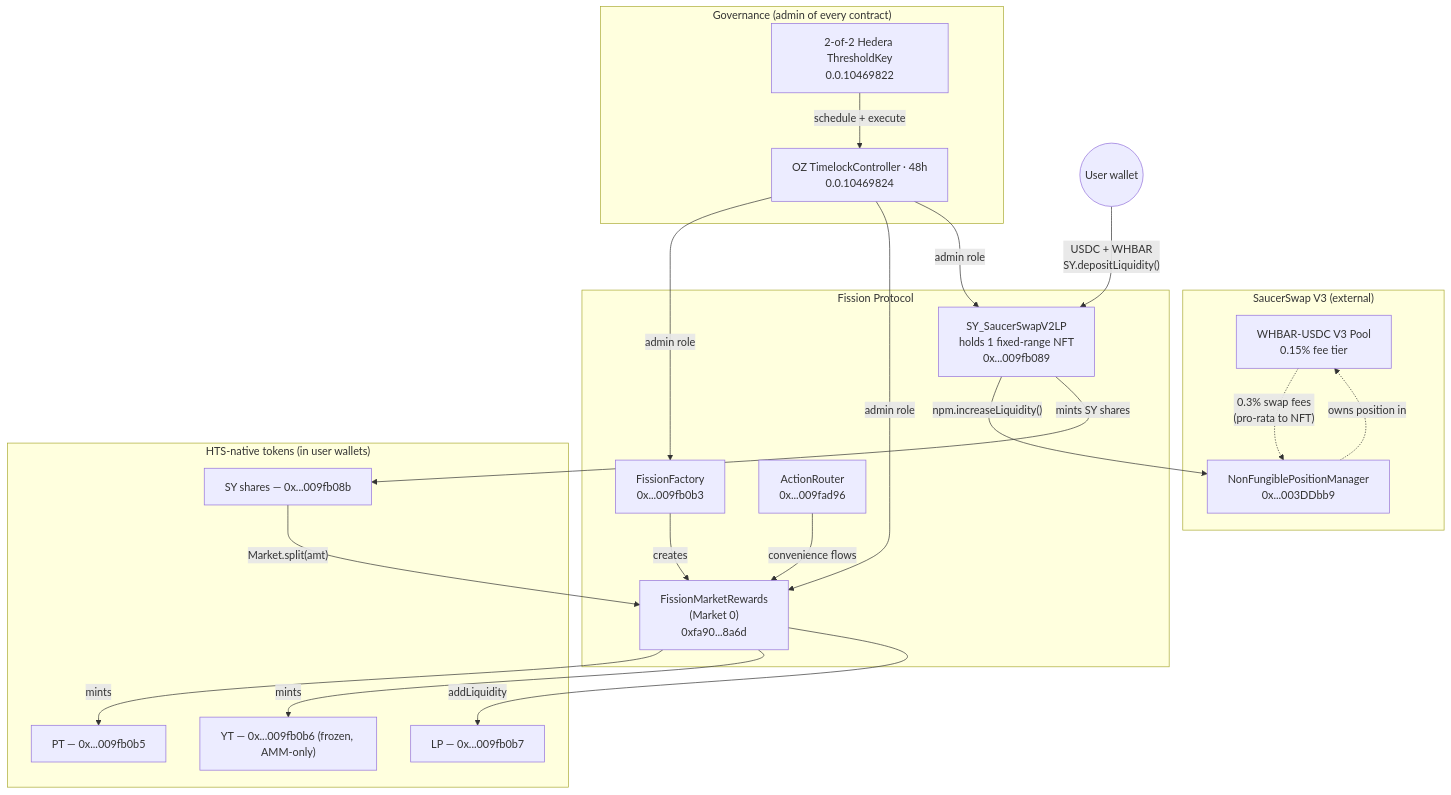
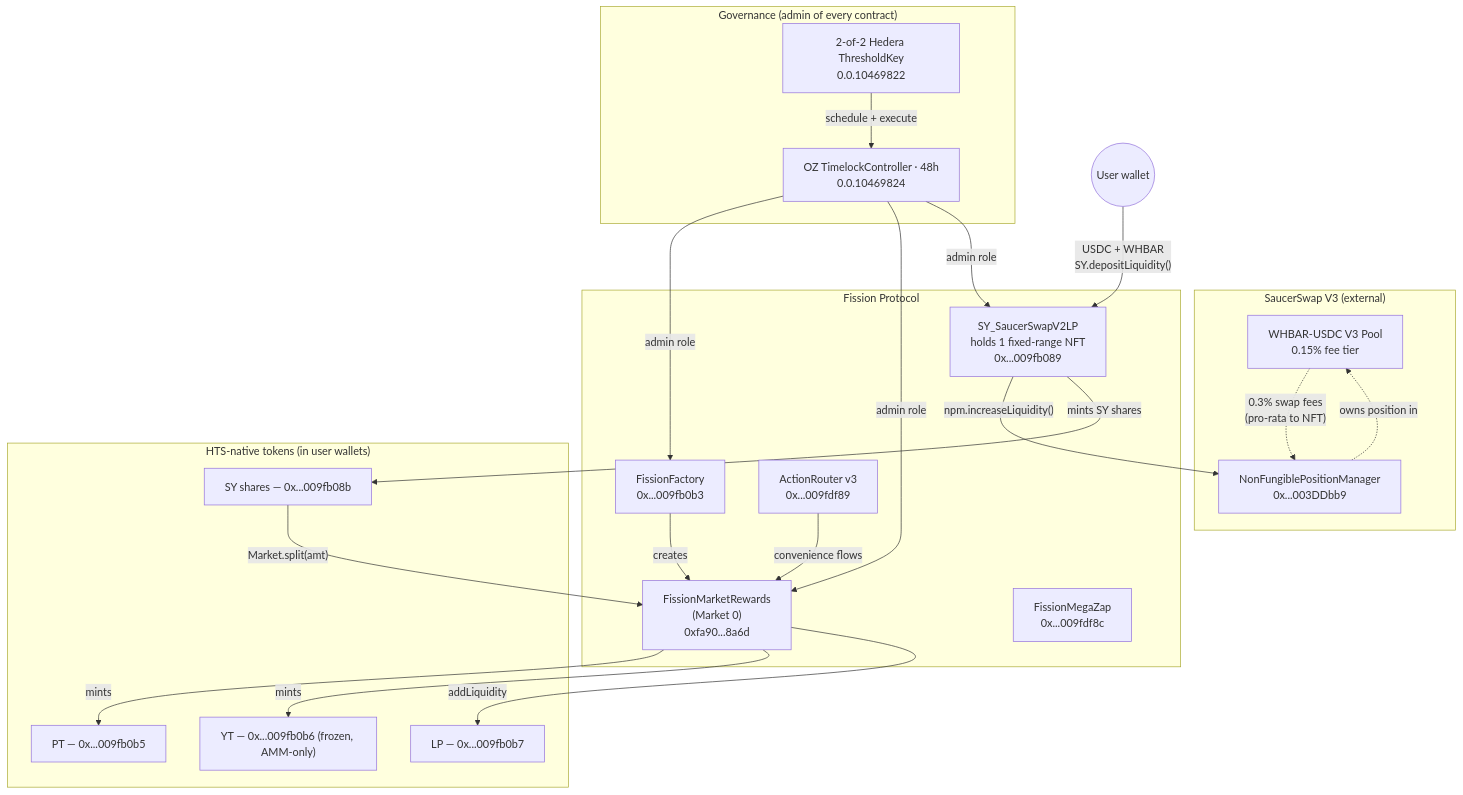
One commit to penguinpecker/fission-protocol-hedera changed the first of 5 diagrams in README.md. Above: the diagram before and after it, drawn with Mermaid. The commit also changed other lines of this file and 18 other files, not shown here.

First line of the commit message:
feat(megazap): FissionMegaZap + ActionRouter v3 deployed, integrated

````diff
--- a/README.md
+++ b/README.md
@@ -19,42 +19,43 @@
 ```mermaid
 flowchart TB
     subgraph Outside["SaucerSwap V3 (external)"]
         Pool["WHBAR-USDC V3 Pool<br/>0.15% fee tier"]
         NPM["NonFungiblePositionManager<br/>0x...003DDbb9"]
     end
 
     subgraph Fission["Fission Protocol"]
         SY["SY_SaucerSwapV2LP<br/>holds 1 fixed-range NFT<br/>0x...009fb089"]
         Factory["FissionFactory<br/>0x...009fb0b3"]
         Market["FissionMarketRewards<br/>(Market 0)<br/>0xfa90...8a6d"]
-        Router["ActionRouter<br/>0x...009fad96"]
+        Router["ActionRouter v3<br/>0x...009fdf89"]
+        Mega["FissionMegaZap<br/>0x...009fdf8c"]
     end
 
     subgraph Tokens["HTS-native tokens (in user wallets)"]
         PT["PT — 0x...009fb0b5"]
         YT["YT — 0x...009fb0b6 (frozen, AMM-only)"]
         LP["LP — 0x...009fb0b7"]
         SYsh["SY shares — 0x...009fb08b"]
     end
 
     subgraph Gov["Governance (admin of every contract)"]
         Thresh["2-of-2 Hedera ThresholdKey<br/>0.0.10469822"]
         TL["OZ TimelockController · 48h<br/>0.0.10469824"]
         Thresh -- "schedule + execute" --> TL
         TL -- "admin role" --> Factory
         TL -- "admin role" --> Market
         TL -- "admin role" --> SY
     end
 
     User((User wallet)) -- "USDC + WHBAR<br/>SY.depositLiquidity()" --> SY
     SY -- "npm.increaseLiquidity()" --> NPM
     NPM -. "owns position in" .-> Pool
     Pool -. "0.3% swap fees<br/>(pro-rata to NFT)" .-> NPM
     SY -- "mints SY shares" --> SYsh
     SYsh -- "Market.split(amt)" --> Market
     Market -- "mints" --> PT
     Market -- "mints" --> YT
     Router -- "convenience flows" --> Market
     Market -- "addLiquidity" --> LP
     Factory -- "creates" --> Market
 ```
````
